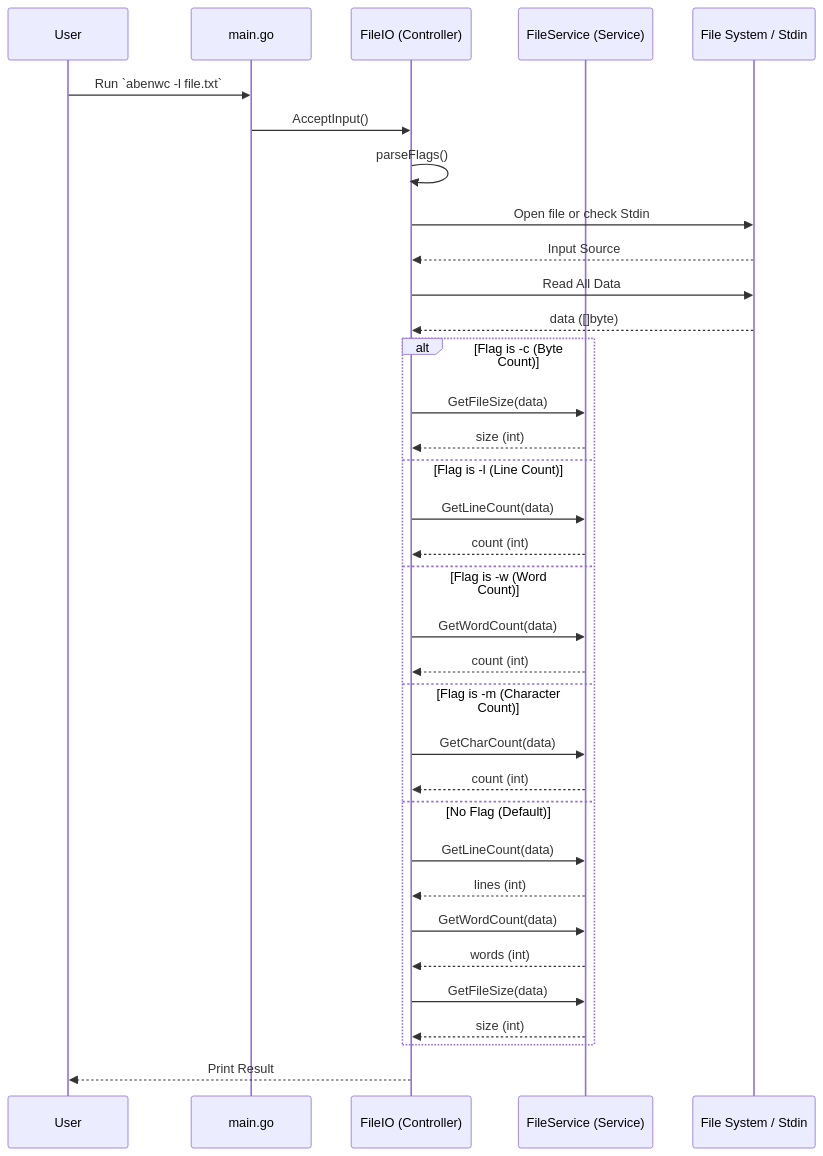
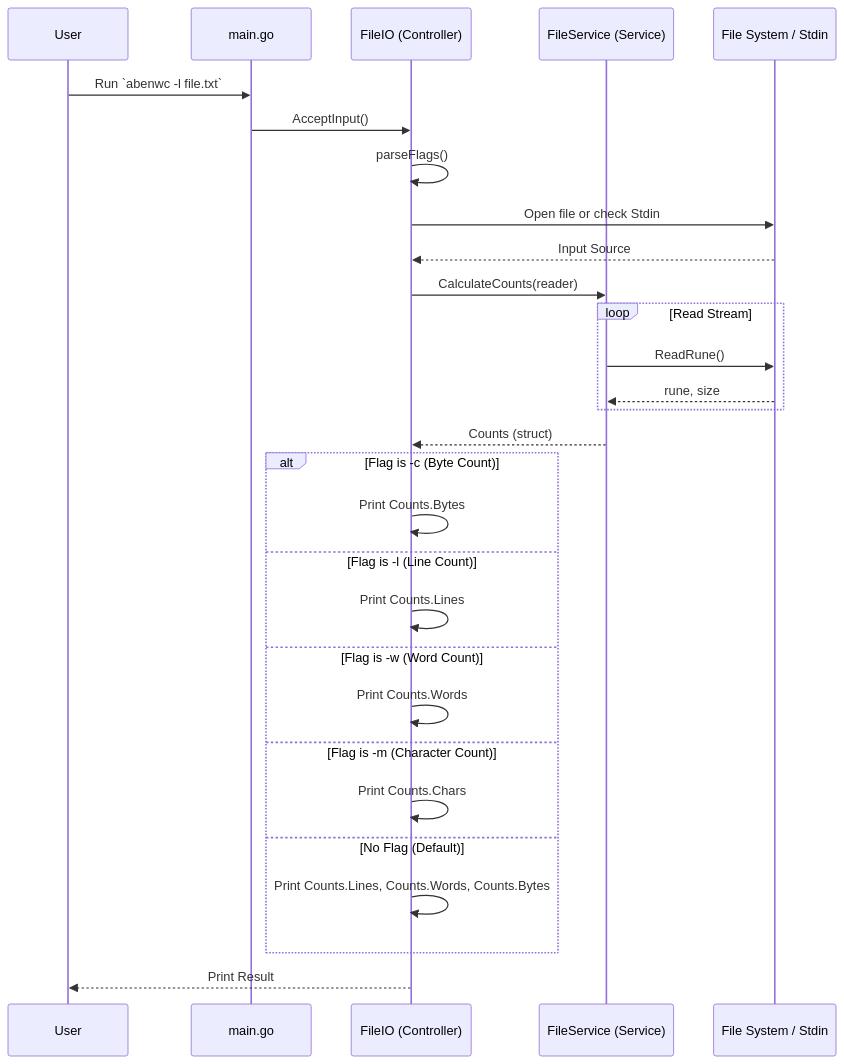
One commit to abeni-al7/aben-wc changed the second of 2 diagrams in docs/architecture.md. Above: the diagram before and after it, drawn with Mermaid. The commit also changed other lines of this file and 3 other files, not shown here.

````diff
--- a/docs/architecture.md
+++ b/docs/architecture.md
@@ -56,39 +51,35 @@
 ```mermaid
 sequenceDiagram
     participant User
     participant Main as main.go
     participant Controller as FileIO (Controller)
     participant Service as FileService (Service)
     participant Source as File System / Stdin
 
     User->>Main: Run `abenwc -l file.txt`
     Main->>Controller: AcceptInput()
     Controller->>Controller: parseFlags()
     Controller->>Source: Open file or check Stdin
     Source-->>Controller: Input Source
-    Controller->>Source: Read All Data
-    Source-->>Controller: data ([]byte)
     
+    Controller->>Service: CalculateCounts(reader)
+    loop Read Stream
+        Service->>Source: ReadRune()
+        Source-->>Service: rune, size
+    end
+    Service-->>Controller: Counts (struct)
+
     alt Flag is -c (Byte Count)
-        Controller->>Service: GetFileSize(data)
-        Service-->>Controller: size (int)
+        Controller->>Controller: Print Counts.Bytes
     else Flag is -l (Line Count)
-        Controller->>Service: GetLineCount(data)
-        Service-->>Controller: count (int)
+        Controller->>Controller: Print Counts.Lines
     else Flag is -w (Word Count)
-        Controller->>Service: GetWordCount(data)
-        Service-->>Controller: count (int)
+        Controller->>Controller: Print Counts.Words
     else Flag is -m (Character Count)
-        Controller->>Service: GetCharCount(data)
-        Service-->>Controller: count (int)
+        Controller->>Controller: Print Counts.Chars
     else No Flag (Default)
-        Controller->>Service: GetLineCount(data)
-        Service-->>Controller: lines (int)
-        Controller->>Service: GetWordCount(data)
-        Service-->>Controller: words (int)
-        Controller->>Service: GetFileSize(data)
-        Service-->>Controller: size (int)
+        Controller->>Controller: Print Counts.Lines, Counts.Words, Counts.Bytes
     end
 
     Controller-->>User: Print Result
 ```
````
